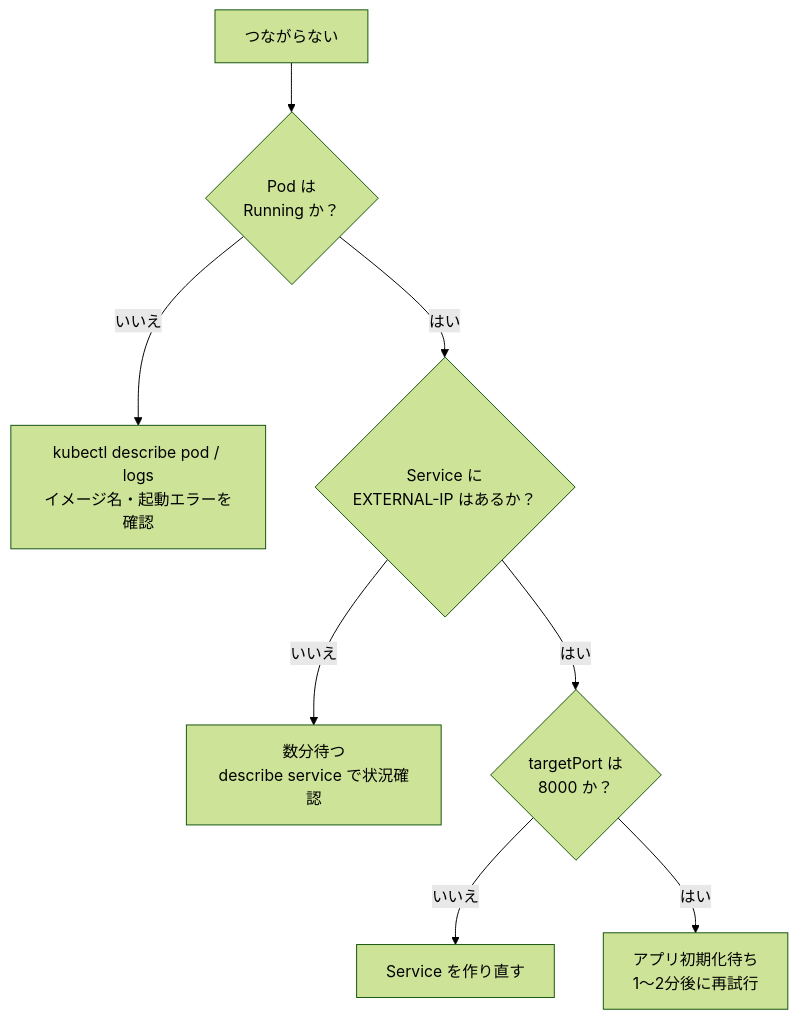
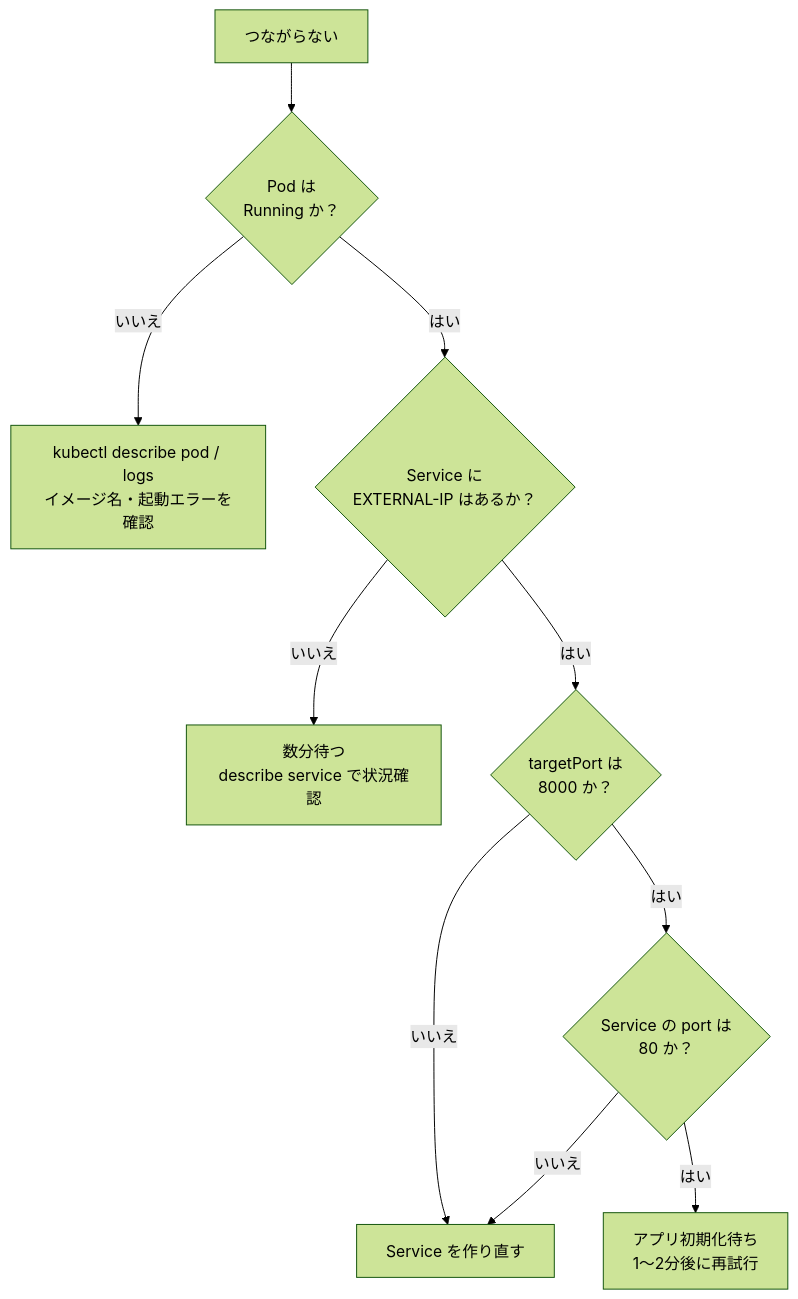
One commit to myoshi2891/Cloud-Infrastructure-and-Network-Studies changed the ninth of 9 diagrams in Gke-echo-web-challenge-lab-guide.md. Above: the diagram before and after it, drawn with Mermaid (forest theme). The commit also changed other lines of this file and 2 other files, not shown here.

Commit message:
docs(gcp): update Cloud Run and GKE Echo Web challenge lab guides

````diff
--- a/Gke-echo-web-challenge-lab-guide.md
+++ b/Gke-echo-web-challenge-lab-guide.md
@@ -635,10 +635,12 @@
 ```mermaid
 flowchart TD
     A["つながらない"] --> B{"Pod は<br/>Running か？"}
     B -->|"いいえ"| C["kubectl describe pod / logs<br/>イメージ名・起動エラーを確認"]
     B -->|"はい"| D{"Service に<br/>EXTERNAL-IP はあるか？"}
     D -->|"いいえ"| E["数分待つ<br/>describe service で状況確認"]
     D -->|"はい"| F{"targetPort は<br/>8000 か？"}
     F -->|"いいえ"| G["Service を作り直す"]
-    F -->|"はい"| H["アプリ初期化待ち<br/>1〜2分後に再試行"]
+    F -->|"はい"| I{"Service の port は<br/>80 か？"}
+    I -->|"いいえ"| G
+    I -->|"はい"| H["アプリ初期化待ち<br/>1〜2分後に再試行"]
 ```
````
